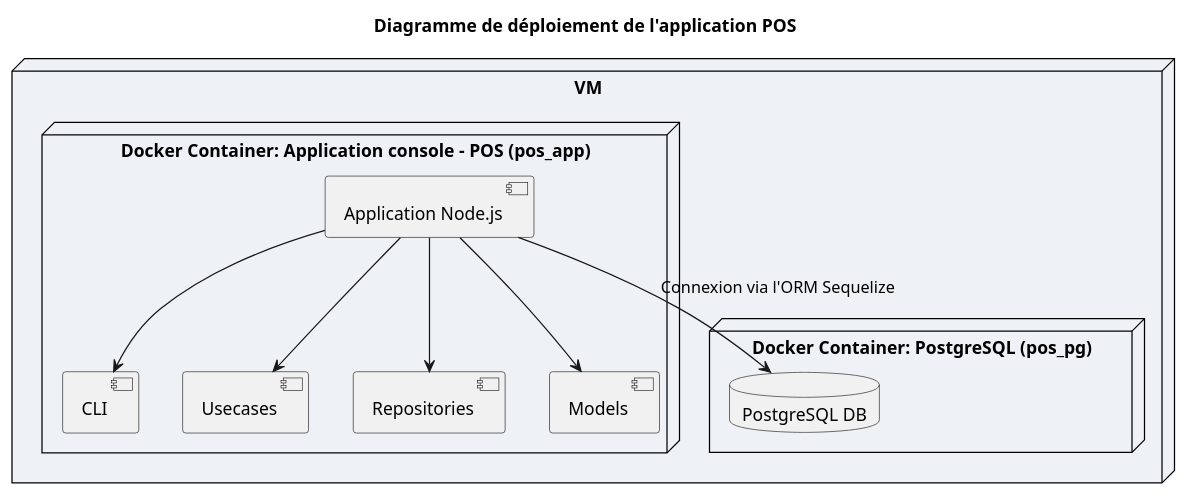
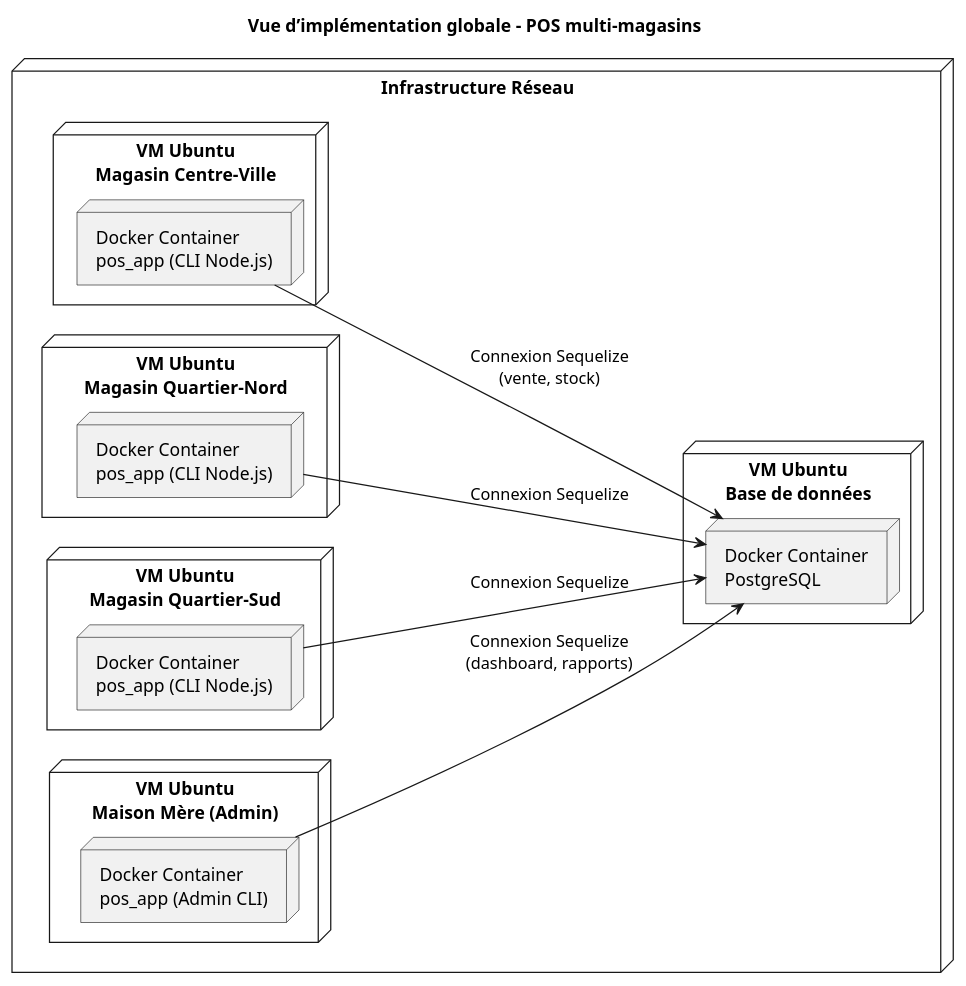
Before and after one commit to Massy-Haddad/LOG-430-Laboratoire-01: the diagram in docs/UML/vue_deploiement.puml, drawn with PlantUML. The commit also changed 19 other files, not shown here.

```diff
--- a/docs/UML/vue_deploiement.puml
+++ b/docs/UML/vue_deploiement.puml
@@ -1,25 +1,42 @@
-@startuml "Diagramme de déploiement de l'application POS"
-skinparam node {
-  BackgroundColor #EEF2F7
-  BorderColor Black
+@startuml "Architecture d'Implémentation Distribuée – Application POS"
+skinparam componentStyle rectangle
+skinparam packageStyle rectangle
+skinparam nodeStyle rectangle
+left to right direction
+
+title Vue d’implémentation globale – POS multi-magasins
+
+'--- Réseau global / entreprise ---
+node "Infrastructure Réseau" {
+
+  '--- VM poste employé (1 par magasin) ---
+  node "VM Ubuntu\nMagasin Centre-Ville" {
+    node "Docker Container\npos_app (CLI Node.js)" as App1
+  }
+
+  node "VM Ubuntu\nMagasin Quartier-Nord" {
+    node "Docker Container\npos_app (CLI Node.js)" as App2
+  }
+
+  node "VM Ubuntu\nMagasin Quartier-Sud" {
+    node "Docker Container\npos_app (CLI Node.js)" as App3
+  }
+
+  '--- VM centralisée pour Maison Mère ---
+  node "VM Ubuntu\nMaison Mère (Admin)" {
+    node "Docker Container\npos_app (Admin CLI)" as AdminCLI
+  }
+
+  '--- Serveur Central ---
+  node "VM Ubuntu\nBase de données" {
+    node "Docker Container\nPostgreSQL" as PG
+  }
 }
 
-title Diagramme de déploiement de l'application POS
+'--- Flèches de communication ---
+App1 --> PG : Connexion Sequelize\n(vente, stock)
+App2 --> PG : Connexion Sequelize
+App3 --> PG : Connexion Sequelize
+AdminCLI --> PG : Connexion Sequelize\n(dashboard, rapports)
 
-node "VM" {
-  
-  node "Docker Container: Application console - POS (pos_app)" {
-    component "Application Node.js" as App
-    App --> [CLI]
-    App --> [Usecases]
-    App --> [Repositories]
-    App --> [Models]
-  }
-
-  node "Docker Container: PostgreSQL (pos_pg)" {
-    database "PostgreSQL DB" as DB
-  }
-
-  App --> DB : Connexion via l'ORM Sequelize
-}
 @enduml
```
